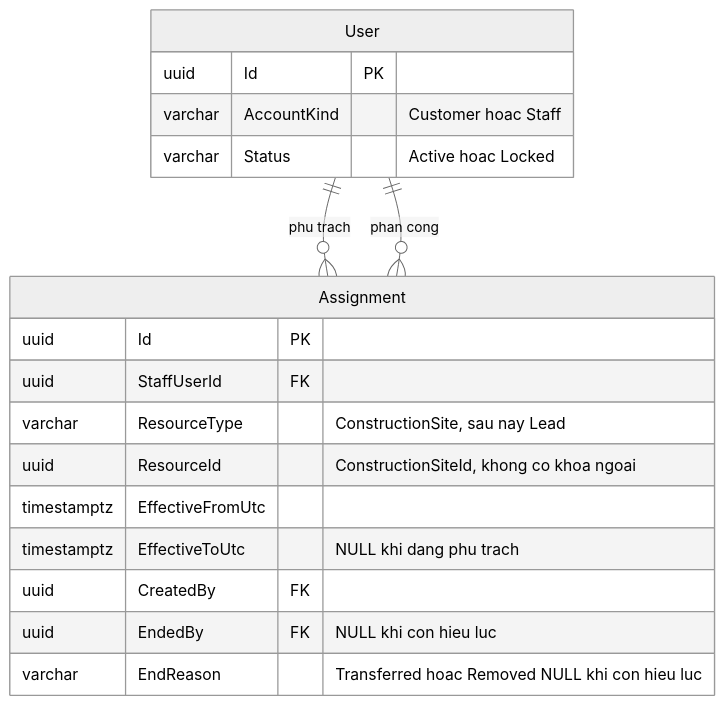
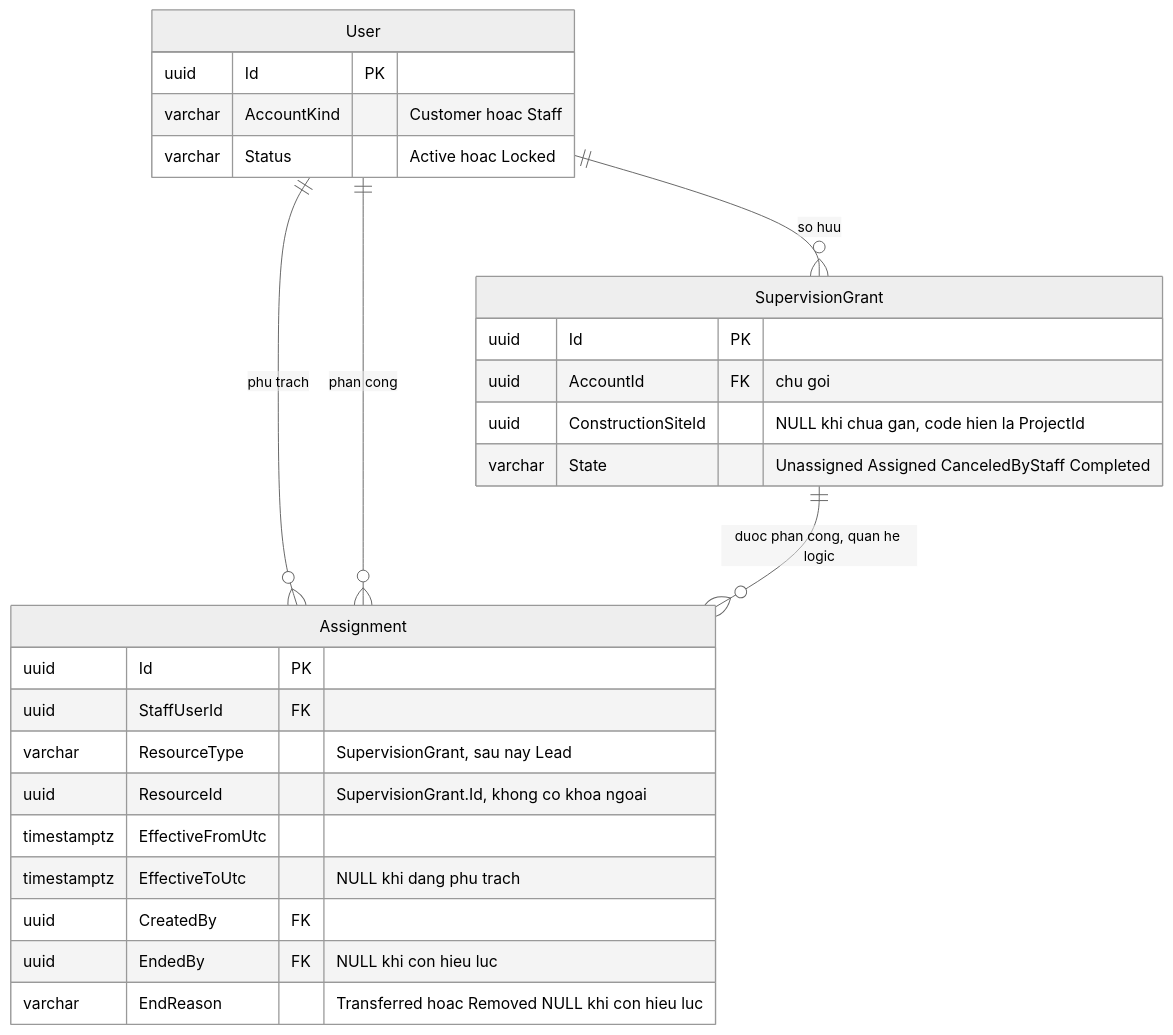
Before and after one commit to TaskCoper/bmt-documentation: the fifth of 5 diagrams in tdd/TDD-RBAC-003.md, drawn with Mermaid (neutral theme). The commit also changed other lines of this file and 15 other files, not shown here.

````diff
--- a/tdd/TDD-RBAC-003.md
+++ b/tdd/TDD-RBAC-003.md
@@ -321,21 +440,29 @@
 ```mermaid
 erDiagram
     User {
         uuid Id PK
         varchar AccountKind "Customer hoac Staff"
         varchar Status "Active hoac Locked"
     }
+    SupervisionGrant {
+        uuid Id PK
+        uuid AccountId FK "chu goi"
+        uuid ConstructionSiteId "NULL khi chua gan, code hien la ProjectId"
+        varchar State "Unassigned Assigned CanceledByStaff Completed"
+    }
     Assignment {
         uuid Id PK
         uuid StaffUserId FK
-        varchar ResourceType "ConstructionSite, sau nay Lead"
-        uuid ResourceId "ConstructionSiteId, khong co khoa ngoai"
+        varchar ResourceType "SupervisionGrant, sau nay Lead"
+        uuid ResourceId "SupervisionGrant.Id, khong co khoa ngoai"
         timestamptz EffectiveFromUtc
         timestamptz EffectiveToUtc "NULL khi dang phu trach"
         uuid CreatedBy FK
         uuid EndedBy FK "NULL khi con hieu luc"
         varchar EndReason "Transferred hoac Removed NULL khi con hieu luc"
     }
     User ||--o{ Assignment : "phu trach"
     User ||--o{ Assignment : "phan cong"
+    User ||--o{ SupervisionGrant : "so huu"
+    SupervisionGrant ||--o{ Assignment : "duoc phan cong, quan he logic"
 ```
````
